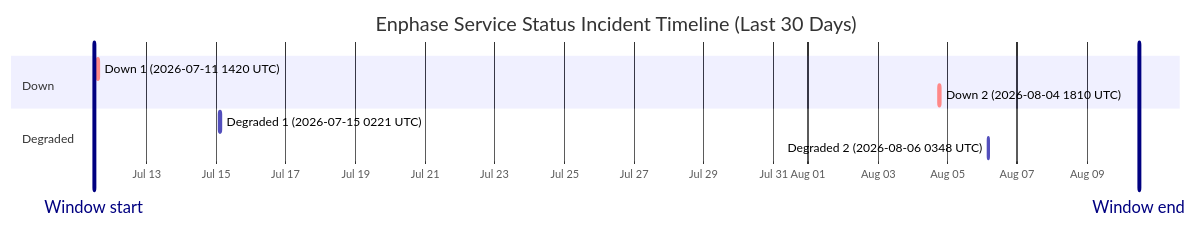
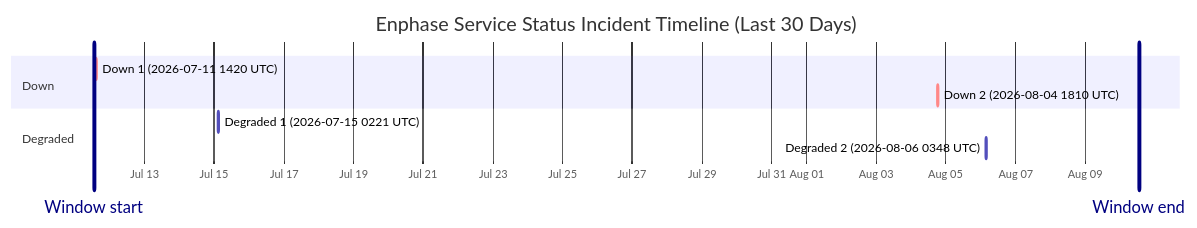
The diagram in wiki/Service-Status-History.md (barneyonline/ha-enphase-energy), drawn with Mermaid before and after one commit. The commit also changed other lines of this file and 3 other files, not shown here.

````diff
--- a/wiki/Service-Status-History.md
+++ b/wiki/Service-Status-History.md
@@ -14,14 +14,14 @@
 ```mermaid
 gantt
     title Enphase Service Status Incident Timeline (Last 30 Days)
     dateFormat  YYYY-MM-DDTHH:mm:ss
     axisFormat  %b %d
-    Window start :vert, window-start, 2026-07-11T11:45:00, 0ms
-    Window end :vert, window-end, 2026-08-10T11:45:00, 0ms
+    Window start :vert, window-start, 2026-07-11T13:03:29, 0ms
+    Window end :vert, window-end, 2026-08-10T13:03:29, 0ms
     section Down
     Down 1 (2026-07-11 1420 UTC) :crit, down-1, 2026-07-11T14:20:54, 69m
     Down 2 (2026-08-04 1810 UTC) :crit, down-2, 2026-08-04T18:10:46, 60m
     section Degraded
     Degraded 1 (2026-07-15 0221 UTC) :active, degraded-1, 2026-07-15T02:21:35, 60m
     Degraded 2 (2026-08-06 0348 UTC) :active, degraded-2, 2026-08-06T03:48:14, 60m
 ```
````
